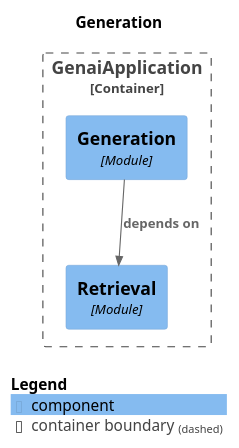
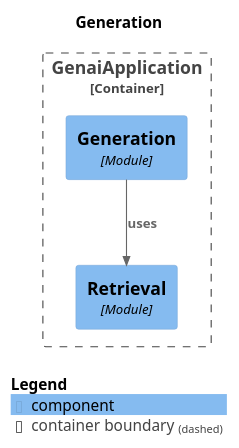
Before and after one commit to bodote/genai-alternative: the diagram in docs/modulith/module-generation.puml, drawn with PlantUML. The commit also changed 7 other files, not shown here.

```diff
--- a/docs/modulith/module-generation.puml
+++ b/docs/modulith/module-generation.puml
@@ -1,19 +1,19 @@
 @startuml
 set separator none
 title Generation
 
 top to bottom direction
 
 !include <C4/C4>
 !include <C4/C4_Context>
 !include <C4/C4_Component>
 
 Container_Boundary("GenaiApplication.GenaiApplication_boundary", "GenaiApplication", $tags="") {
   Component(GenaiApplication.GenaiApplication.Retrieval, "Retrieval", $techn="Module", $descr="", $tags="", $link="")
   Component(GenaiApplication.GenaiApplication.Generation, "Generation", $techn="Module", $descr="", $tags="", $link="")
 }
 
-Rel(GenaiApplication.GenaiApplication.Generation, GenaiApplication.GenaiApplication.Retrieval, "depends on", $techn="", $tags="", $link="")
+Rel(GenaiApplication.GenaiApplication.Generation, GenaiApplication.GenaiApplication.Retrieval, "uses", $techn="", $tags="", $link="")
 
 SHOW_LEGEND(true)
 @enduml
```
